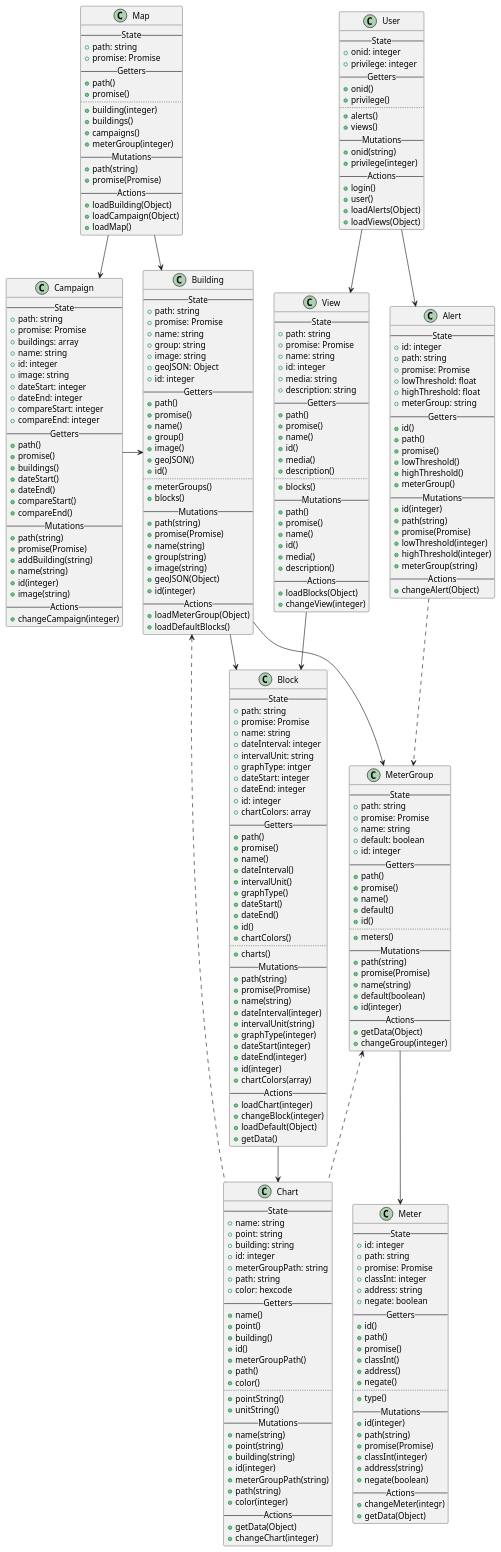
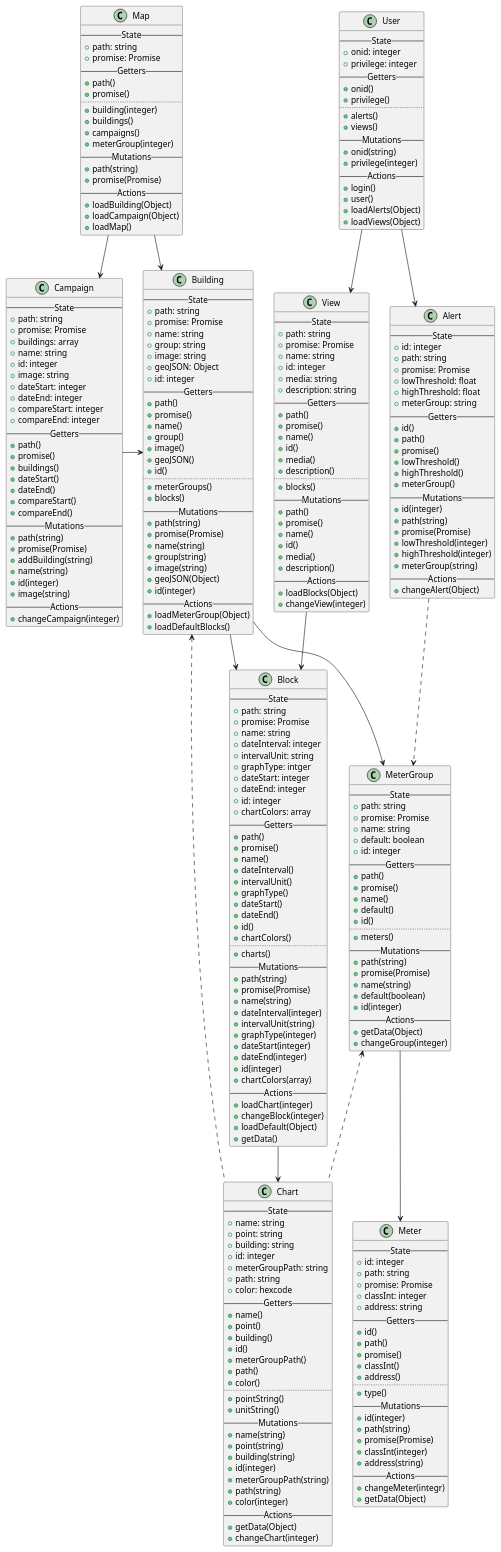
One commit to OSU-Sustainability-Office/energy-dashboard changed the diagram in documents/frontend/VuexStore.puml. Above: the diagram before and after it, drawn with PlantUML. The commit also changed 16 other files, not shown here.

```diff
--- a/documents/frontend/VuexStore.puml
+++ b/documents/frontend/VuexStore.puml
@@ -221,14 +221,12 @@
   + promise: Promise
   + classInt: integer
   + address: string
-  + negate: boolean
   --Getters--
   + id()
   + path()
   + promise()
   + classInt()
   + address()
-  + negate()
   ....
   + type()
   --Mutations--
@@ -237,7 +235,6 @@
   + promise(Promise)
   + classInt(integer)
   + address(string)
-  + negate(boolean)
   --Actions--
   + changeMeter(integr)
   + getData(Object)
```
